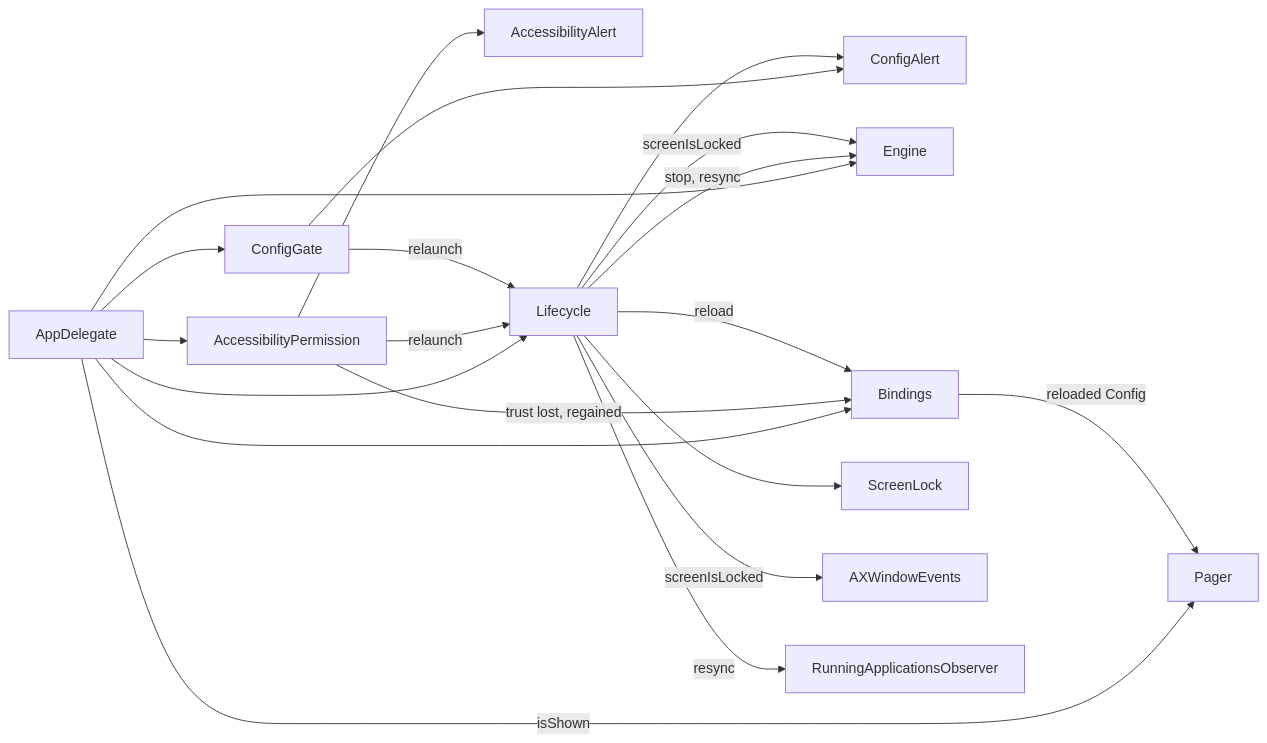
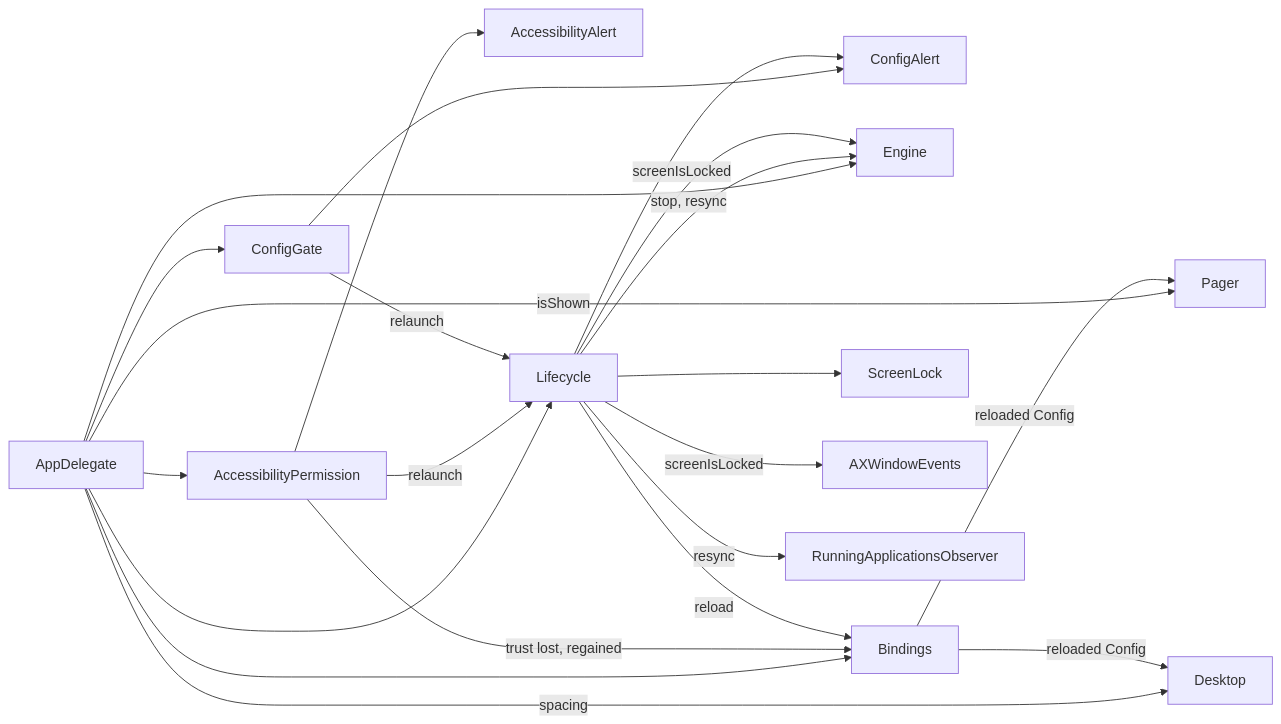
The sixth of 20 diagrams in ARCHITECTURE.md (brennovich/ottowm), drawn with Mermaid before and after one commit. The commit also changed other lines of this file and 17 other files, not shown here.

````diff
--- a/ARCHITECTURE.md
+++ b/ARCHITECTURE.md
@@ -197,22 +197,24 @@
 ```mermaid
 flowchart LR
     AppDelegate --> ConfigGate
     ConfigGate --> ConfigAlert
     AppDelegate --> AccessibilityPermission
     AccessibilityPermission --> AccessibilityAlert
     AppDelegate --> Engine
     AppDelegate --> Bindings
     AccessibilityPermission -->|trust lost, regained| Bindings
     AppDelegate --> Lifecycle
     Lifecycle --> ScreenLock
     Lifecycle -->|stop, resync| Engine
     Lifecycle -->|screenIsLocked| Engine
     Lifecycle -->|screenIsLocked| AXWindowEvents
     Lifecycle -->|resync| RunningApplicationsObserver
     AccessibilityPermission -->|relaunch| Lifecycle
     ConfigGate -->|relaunch| Lifecycle
     Lifecycle -->|reload| Bindings
     Lifecycle --> ConfigAlert
     AppDelegate -->|isShown| Pager
     Bindings -->|reloaded Config| Pager
+    AppDelegate -->|spacing| Desktop
+    Bindings -->|reloaded Config| Desktop
 ```
````
